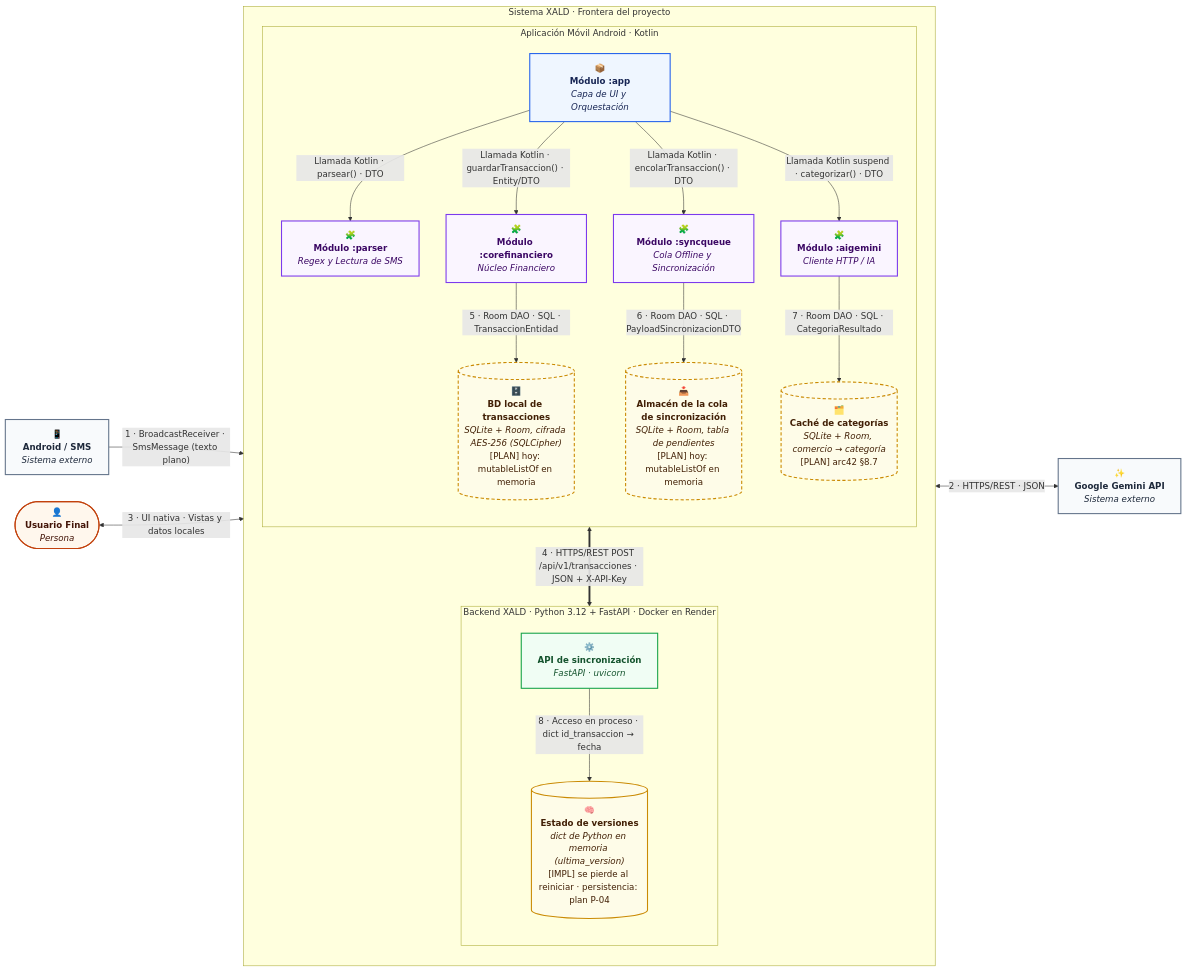
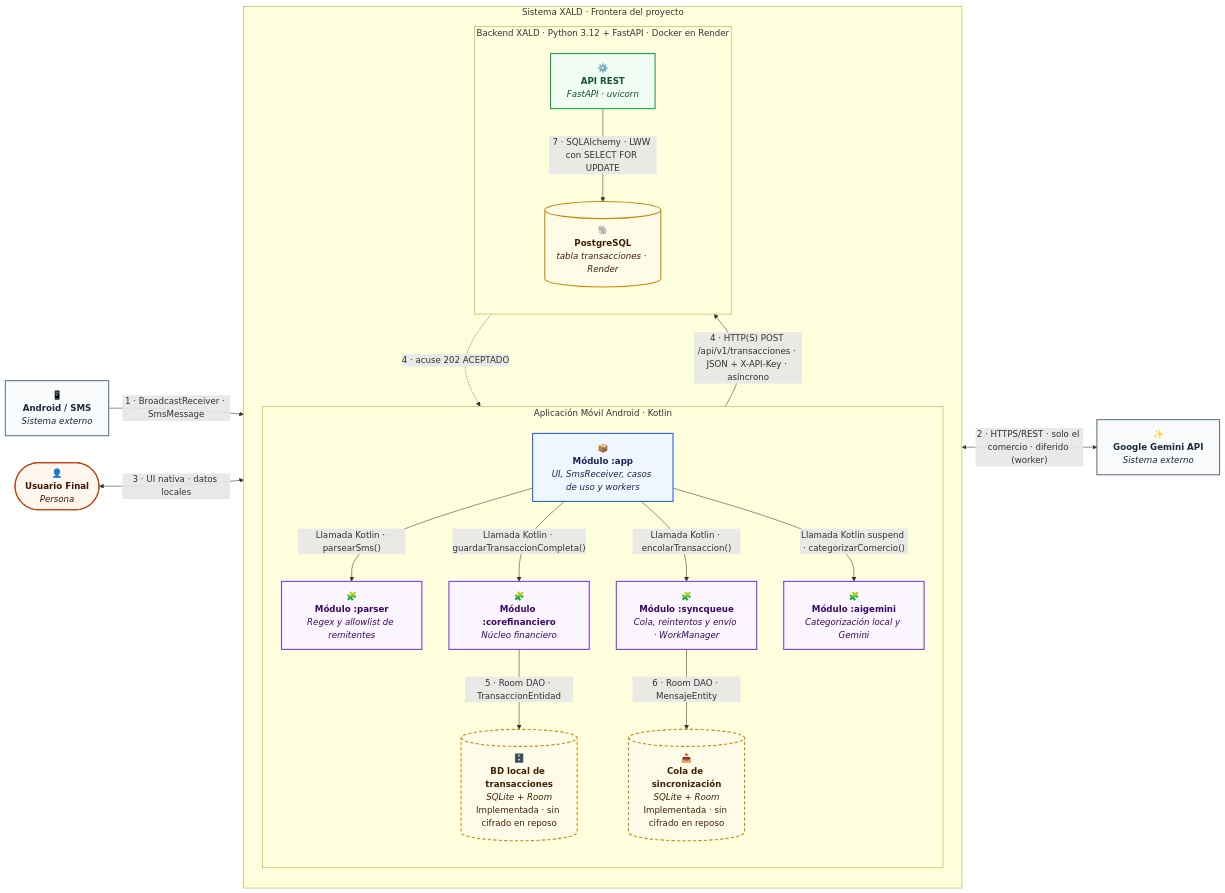
Before and after one commit to ISCOUTB/AS_202620_XALD: the diagram in docs/c4/c2.md, drawn with Mermaid. The commit also changed other lines of this file, not shown here.

First line of the commit message:
Revise C2 - Container documentation and diagrams

````diff
--- a/docs/c4/c2.md
+++ b/docs/c4/c2.md
@@ -3,61 +9,60 @@
 ```mermaid
 flowchart LR
     User(["👤<br/><b>Usuario Final</b><br/><i>Persona</i>"])
     Android["📱<br/><b>Android / SMS</b><br/><i>Sistema externo</i>"]
     Gemini["✨<br/><b>Google Gemini API</b><br/><i>Sistema externo</i>"]
 
     subgraph sistema["Sistema XALD · Frontera del proyecto"]
         direction TB
 
         subgraph app_group["Aplicación Móvil Android · Kotlin"]
             direction TB
-            App["📦<br/><b>Módulo :app</b><br/><i>Capa de UI y Orquestación</i>"]
-            Parser["🧩<br/><b>Módulo :parser</b><br/><i>Regex y Lectura de SMS</i>"]
-            Core["🧩<br/><b>Módulo :corefinanciero</b><br/><i>Núcleo Financiero</i>"]
-            Sync["🧩<br/><b>Módulo :syncqueue</b><br/><i>Cola Offline y Sincronización</i>"]
-            AI["🧩<br/><b>Módulo :aigemini</b><br/><i>Cliente HTTP / IA</i>"]
+            App["📦<br/><b>Módulo :app</b><br/><i>UI, SmsReceiver, casos de uso y workers</i>"]
+            Parser["🧩<br/><b>Módulo :parser</b><br/><i>Regex y allowlist de remitentes</i>"]
+            Core["🧩<br/><b>Módulo :corefinanciero</b><br/><i>Núcleo financiero</i>"]
+            Sync["🧩<br/><b>Módulo :syncqueue</b><br/><i>Cola, reintentos y envío · WorkManager</i>"]
+            AI["🧩<br/><b>Módulo :aigemini</b><br/><i>Categorización local y Gemini</i>"]
 
-            DBLocal[("🗄️<br/><b>BD local de transacciones</b><br/><i>SQLite + Room, cifrada AES-256 (SQLCipher)</i><br/>[PLAN] hoy: mutableListOf en memoria")]
-            ColaLocal[("📥<br/><b>Almacén de la cola de sincronización</b><br/><i>SQLite + Room, tabla de pendientes</i><br/>[PLAN] hoy: mutableListOf en memoria")]
-            CacheCat[("🗂️<br/><b>Caché de categorías</b><br/><i>SQLite + Room, comercio → categoría</i><br/>[PLAN] arc42 §8.7")]
+            DBLocal[("🗄️<br/><b>BD local de transacciones</b><br/><i>SQLite + Room</i><br/>Implementada · sin cifrado en reposo")]
+            ColaLocal[("📥<br/><b>Cola de sincronización</b><br/><i>SQLite + Room</i><br/>Implementada · sin cifrado en reposo")]
         end
 
         subgraph backend_group["Backend XALD · Python 3.12 + FastAPI · Docker en Render"]
             direction TB
-            Backend["⚙️<br/><b>API de sincronización</b><br/><i>FastAPI · uvicorn</i>"]
-            Versiones[("🧠<br/><b>Estado de versiones</b><br/><i>dict de Python en memoria (ultima_version)</i><br/>[IMPL] se pierde al reiniciar · persistencia: plan P-04")]
+            Backend["⚙️<br/><b>API REST</b><br/><i>FastAPI · uvicorn</i>"]
+            PG[("🐘<br/><b>PostgreSQL</b><br/><i>tabla transacciones · Render</i>")]
         end
 
-        App -->|"Llamada Kotlin · parsear() · DTO"| Parser
-        App -->|"Llamada Kotlin · guardarTransaccion() · Entity/DTO"| Core
-        App -->|"Llamada Kotlin · encolarTransaccion() · DTO"| Sync
-        App -->|"Llamada Kotlin suspend · categorizar() · DTO"| AI
+        App -->|"Llamada Kotlin · parsearSms()"| Parser
+        App -->|"Llamada Kotlin · guardarTransaccionCompleta()"| Core
+        App -->|"Llamada Kotlin · encolarTransaccion()"| Sync
+        App -->|"Llamada Kotlin suspend · categorizarComercio()"| AI
 
-        Core -->|"5 · Room DAO · SQL · TransaccionEntidad"| DBLocal
-        Sync -->|"6 · Room DAO · SQL · PayloadSincronizacionDTO"| ColaLocal
-        AI -->|"7 · Room DAO · SQL · CategoriaResultado"| CacheCat
-        Backend -->|"8 · Acceso en proceso · dict id_transaccion → fecha"| Versiones
+        Core -->|"5 · Room DAO · TransaccionEntidad"| DBLocal
+        Sync -->|"6 · Room DAO · MensajeEntity"| ColaLocal
+        Backend -->|"7 · SQLAlchemy · LWW con SELECT FOR UPDATE"| PG
 
-        Sync <==>|"4 · HTTPS/REST POST /api/v1/transacciones · JSON + X-API-Key"| Backend
+        Sync -->|"4 · HTTP(S) POST /api/v1/transacciones · JSON + X-API-Key · asíncrono"| Backend
+        Backend -.->|"4 · acuse 202 ACEPTADO"| Sync
     end
 
-    Android -->|"1 · BroadcastReceiver · SmsMessage (texto plano)"| App
-    AI <-->|"2 · HTTPS/REST · JSON"| Gemini
-    User <-->|"3 · UI nativa · Vistas y datos locales"| App
+    Android -->|"1 · BroadcastReceiver · SmsMessage"| App
+    AI <-->|"2 · HTTPS/REST · solo el comercio · diferido (worker)"| Gemini
+    User <-->|"3 · UI nativa · datos locales"| App
 
     classDef person fill:#fff7ed,stroke:#c2410c,stroke-width:2px,color:#431407
     classDef central fill:#eff6ff,stroke:#2563eb,stroke-width:2px,color:#172554
     classDef module fill:#faf5ff,stroke:#7c3aed,stroke-width:2px,color:#3b0764
     classDef backend fill:#f0fdf4,stroke:#16a34a,stroke-width:2px,color:#14532d
     classDef store fill:#fefce8,stroke:#ca8a04,stroke-width:2px,color:#422006
-    classDef planned fill:#fefce8,stroke:#ca8a04,stroke-width:2px,stroke-dasharray:6 4,color:#422006
+    classDef parcial fill:#fefce8,stroke:#ca8a04,stroke-width:2px,stroke-dasharray:6 4,color:#422006
     classDef external fill:#f8fafc,stroke:#64748b,stroke-width:2px,color:#1e293b
 
     class User person
     class App central
     class Parser,Core,Sync,AI module
     class Backend backend
-    class Versiones store
-    class DBLocal,ColaLocal,CacheCat planned
+    class PG store
+    class DBLocal,ColaLocal parcial
     class Android,Gemini external
 ```
````
